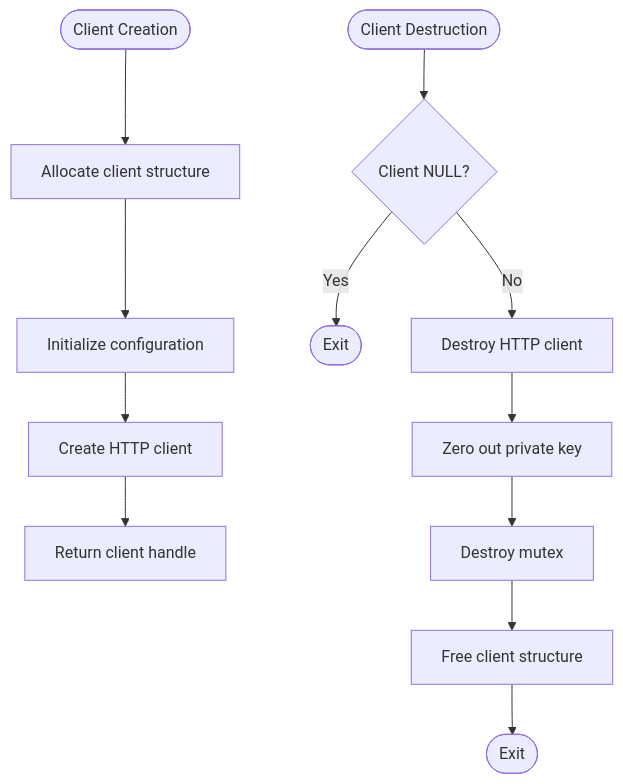
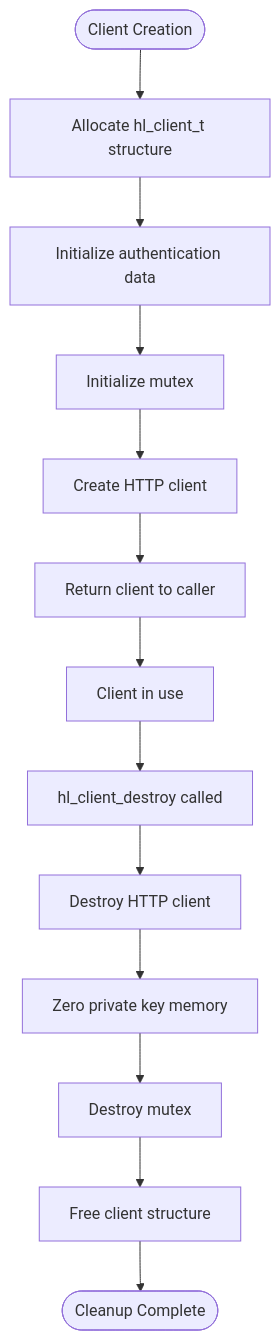
The first of 2 diagrams in .qoder/repowiki/en/content/Core Concepts/Memory Management.md (suenot/hyperliquid-c), drawn with Mermaid before and after one commit. The commit also changed other lines of this file and 112 other files, not shown here.

````diff
--- a/.qoder/repowiki/en/content/Core Concepts/Memory Management.md
+++ b/.qoder/repowiki/en/content/Core Concepts/Memory Management.md
@@ -33,14 +49,15 @@
 ```mermaid
 flowchart TD
-Start([Client Creation]) --> Allocate["Allocate client structure"]
-Allocate --> InitConfig["Initialize configuration"]
-InitConfig --> CreateHTTP["Create HTTP client"]
-CreateHTTP --> ReturnClient["Return client handle"]
-Destroy([Client Destruction]) --> CheckNull{"Client NULL?"}
-CheckNull --> |Yes| End1([Exit])
-CheckNull --> |No| DestroyHTTP["Destroy HTTP client"]
-DestroyHTTP --> ZeroKey["Zero out private key"]
+Start([Client Creation]) --> Allocate["Allocate hl_client_t structure"]
+Allocate --> InitAuth["Initialize authentication data"]
+InitAuth --> InitMutex["Initialize mutex"]
+InitMutex --> CreateHTTP["Create HTTP client"]
+CreateHTTP --> ReturnClient["Return client to caller"]
+ReturnClient --> Usage["Client in use"]
+Usage --> Destroy["hl_client_destroy called"]
+Destroy --> DestroyHTTP["Destroy HTTP client"]
+DestroyHTTP --> ZeroKey["Zero private key memory"]
 ZeroKey --> DestroyMutex["Destroy mutex"]
 DestroyMutex --> FreeClient["Free client structure"]
-FreeClient --> End2([Exit])
+FreeClient --> End([Cleanup Complete])
 ```
````
